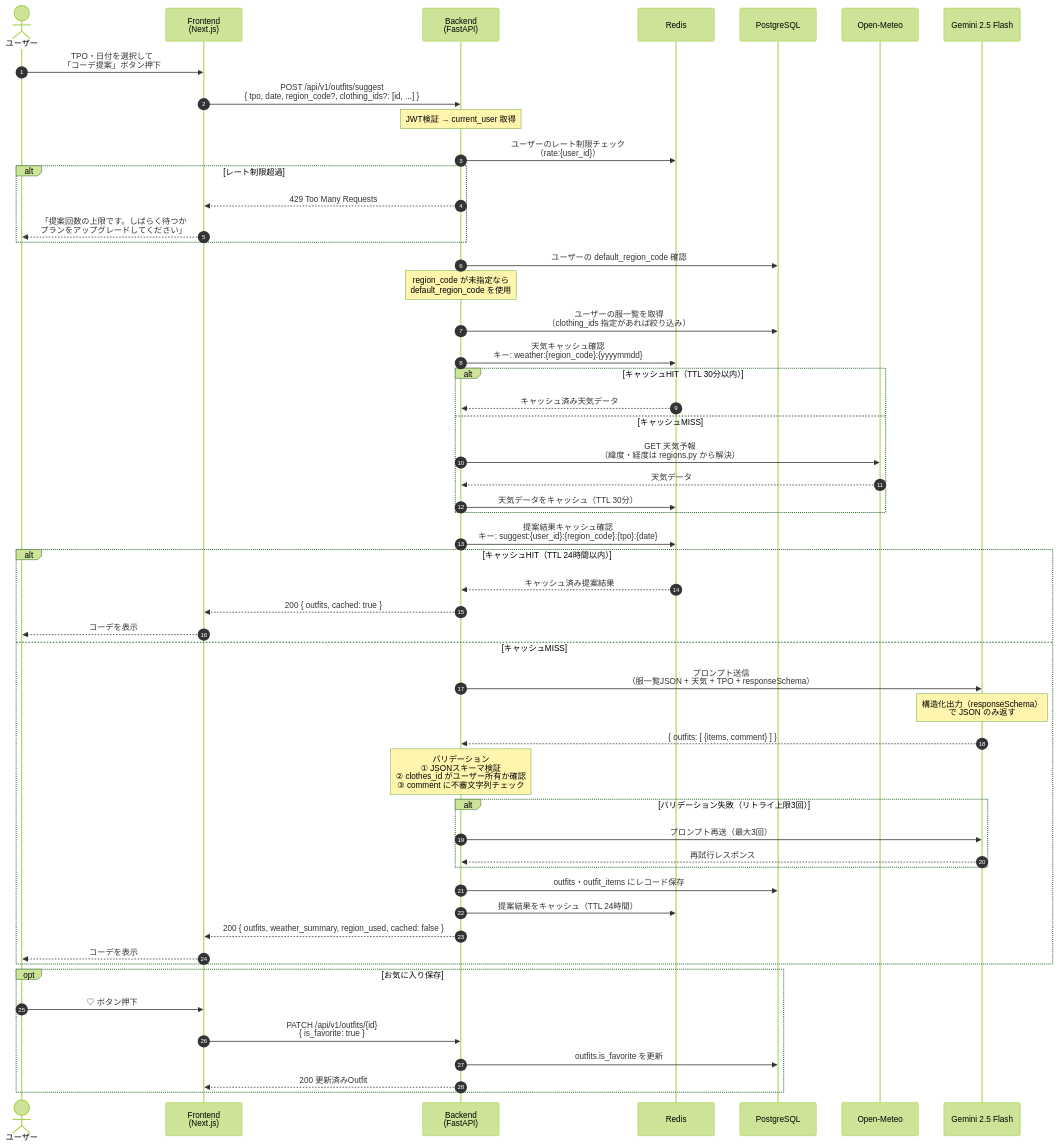
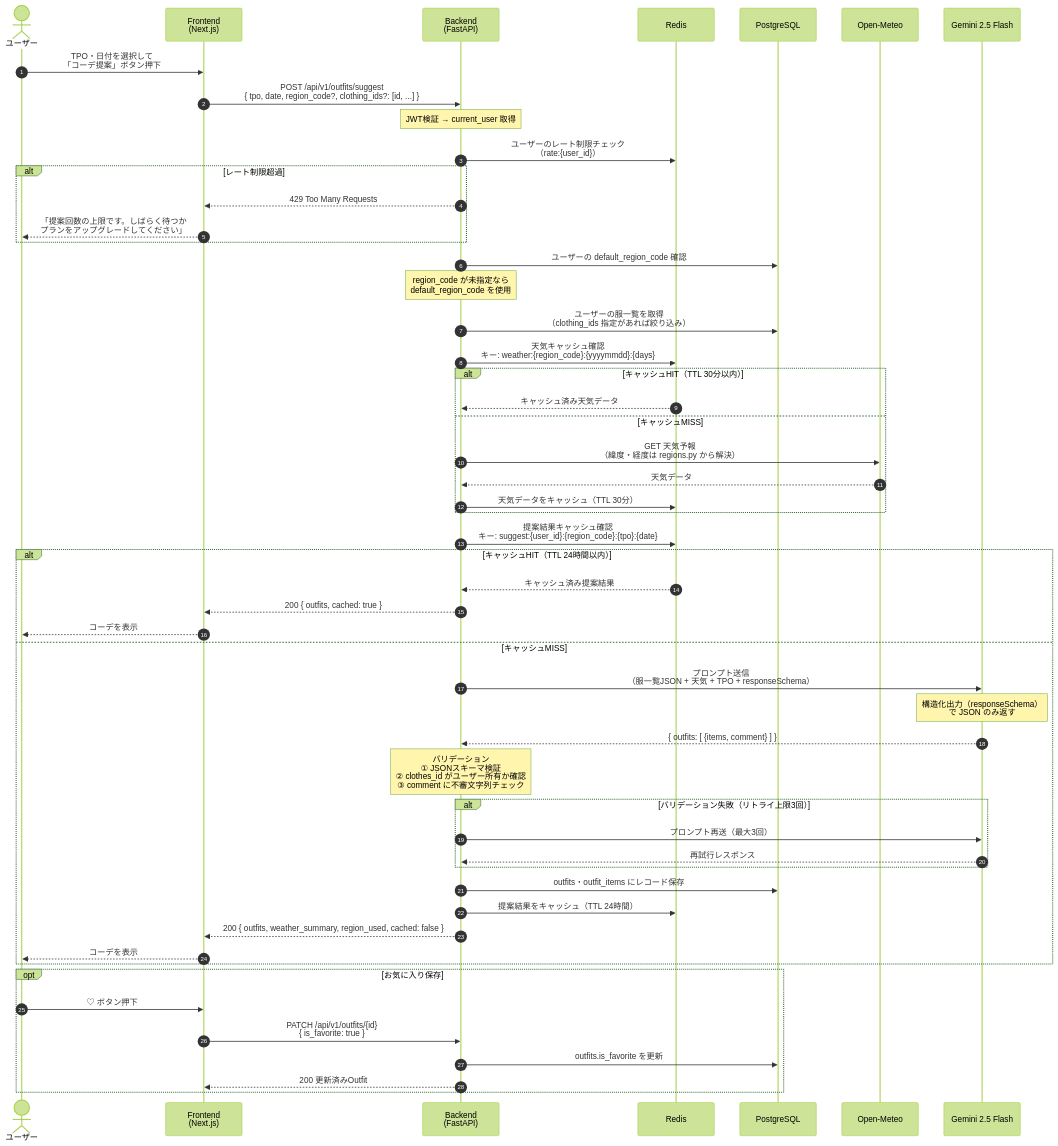
Before and after one commit to ms-engineer-bc26-01/teamB_section_9: the first of 3 diagrams in docs/sequence-diagrams.md, drawn with Mermaid (forest theme). The commit also changed 11 other files, not shown here.

````diff
--- a/docs/sequence-diagrams.md
+++ b/docs/sequence-diagrams.md
@@ -5,66 +5,66 @@
 ```mermaid
 sequenceDiagram
     autonumber
     actor User as ユーザー
     participant FE as Frontend<br/>(Next.js)
     participant BE as Backend<br/>(FastAPI)
     participant Redis
     participant DB as PostgreSQL
     participant Weather as Open-Meteo
     participant LLM as Gemini 2.5 Flash
 
     User->>FE: TPO・日付を選択して<br/>「コーデ提案」ボタン押下
 
     FE->>BE: POST /api/v1/outfits/suggest<br/>{ tpo, date, region_code?, clothing_ids?: [id, ...] }
     Note over BE: JWT検証 → current_user 取得
 
     BE->>Redis: ユーザーのレート制限チェック<br/>（rate:{user_id}）
     alt レート制限超過
         BE-->>FE: 429 Too Many Requests
         FE-->>User: 「提案回数の上限です。しばらく待つか<br/>プランをアップグレードしてください」
     end
 
     BE->>DB: ユーザーの default_region_code 確認
     Note over BE: region_code が未指定なら<br/>default_region_code を使用
 
     BE->>DB: ユーザーの服一覧を取得<br/>（clothing_ids 指定があれば絞り込み）
 
-    BE->>Redis: 天気キャッシュ確認<br/>キー: weather:{region_code}:{yyyymmdd}
+    BE->>Redis: 天気キャッシュ確認<br/>キー: weather:{region_code}:{yyyymmdd}:{days}
     alt キャッシュHIT（TTL 30分以内）
         Redis-->>BE: キャッシュ済み天気データ
     else キャッシュMISS
         BE->>Weather: GET 天気予報<br/>（緯度・経度は regions.py から解決）
         Weather-->>BE: 天気データ
         BE->>Redis: 天気データをキャッシュ（TTL 30分）
     end
 
     BE->>Redis: 提案結果キャッシュ確認<br/>キー: suggest:{user_id}:{region_code}:{tpo}:{date}
     alt キャッシュHIT（TTL 24時間以内）
         Redis-->>BE: キャッシュ済み提案結果
         BE-->>FE: 200 { outfits, cached: true }
         FE-->>User: コーデを表示
     else キャッシュMISS
         BE->>LLM: プロンプト送信<br/>（服一覧JSON + 天気 + TPO + responseSchema）
         Note over LLM: 構造化出力（responseSchema）<br/>で JSON のみ返す
         LLM-->>BE: { outfits: [ {items, comment} ] }
 
         Note over BE: バリデーション<br/>① JSONスキーマ検証<br/>② clothes_id がユーザー所有か確認<br/>③ comment に不審文字列チェック
 
         alt バリデーション失敗（リトライ上限3回）
             BE->>LLM: プロンプト再送（最大3回）
             LLM-->>BE: 再試行レスポンス
         end
 
         BE->>DB: outfits・outfit_items にレコード保存
         BE->>Redis: 提案結果をキャッシュ（TTL 24時間）
         BE-->>FE: 200 { outfits, weather_summary, region_used, cached: false }
         FE-->>User: コーデを表示
     end
 
     opt お気に入り保存
         User->>FE: ♡ ボタン押下
         FE->>BE: PATCH /api/v1/outfits/{id}<br/>{ is_favorite: true }
         BE->>DB: outfits.is_favorite を更新
         BE-->>FE: 200 更新済みOutfit
     end
 ```
````
